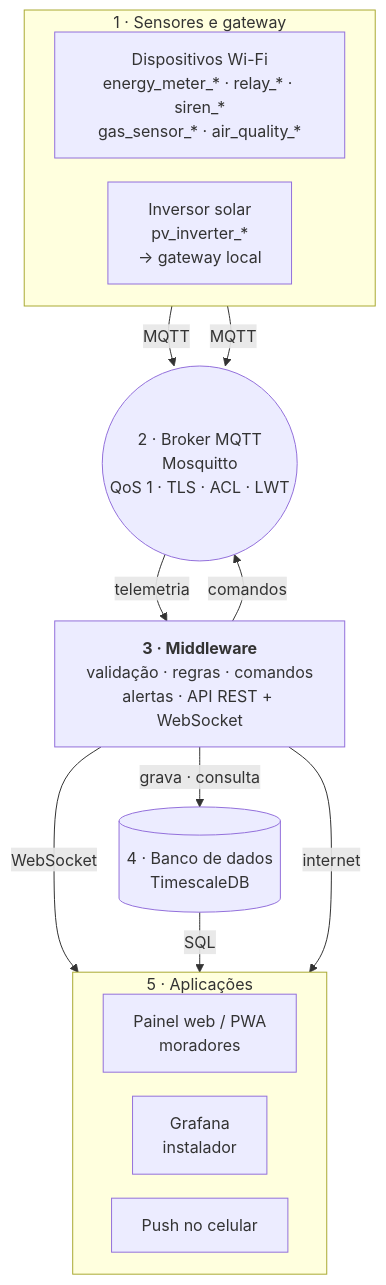
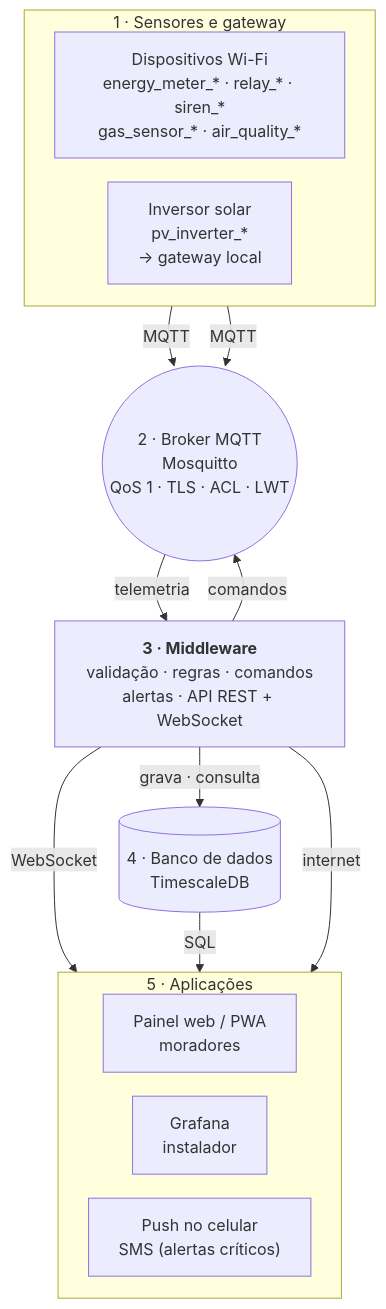
Before and after one commit to carneirofc/1322010-2025.3-A--IoT-Smart-Home-Software-Integration: the diagram in relatorio/diagramas/fig01-arquitetura.mmd, drawn with Mermaid. The commit also changed 6 other files, not shown here.

Commit message:
docs(report): add the SMS channel and a consistent payload to the architecture

```diff
--- a/relatorio/diagramas/fig01-arquitetura.mmd
+++ b/relatorio/diagramas/fig01-arquitetura.mmd
@@ -1,29 +1,29 @@
 %%{init: {"flowchart": {"curve": "basis", "nodeSpacing": 24, "rankSpacing": 36, "wrappingWidth": 230}, "themeVariables": {"fontSize": "16px"}}}%%
 flowchart TB
   subgraph S1["1 · Sensores e gateway"]
     direction LR
     WIFI["Dispositivos Wi-Fi<br/>energy_meter_* · relay_* · siren_*<br/>gas_sensor_* · air_quality_*"]
     INV["Inversor solar<br/>pv_inverter_*<br/>→ gateway local"]
   end
 
   BR(("2 · Broker MQTT<br/>Mosquitto<br/>QoS 1 · TLS · ACL · LWT"))
 
   MW["<b>3 · Middleware</b><br/>validação · regras · comandos<br/>alertas · API REST + WebSocket"]
 
   DB[("4 · Banco de dados<br/>TimescaleDB")]
 
   subgraph S5["5 · Aplicações"]
     direction LR
     WEB["Painel web / PWA<br/>moradores"]
     GF["Grafana<br/>instalador"]
-    PUSH["Push no celular"]
+    PUSH["Push no celular<br/>SMS (alertas críticos)"]
   end
 
   WIFI -- "MQTT" --> BR
   INV -- "MQTT" --> BR
   BR -- "telemetria" --> MW
   MW -- "comandos" --> BR
   MW -- "grava · consulta" --> DB
   MW -- "WebSocket" --> WEB
   DB -- "SQL" --> GF
   MW -- "internet" --> PUSH
```
